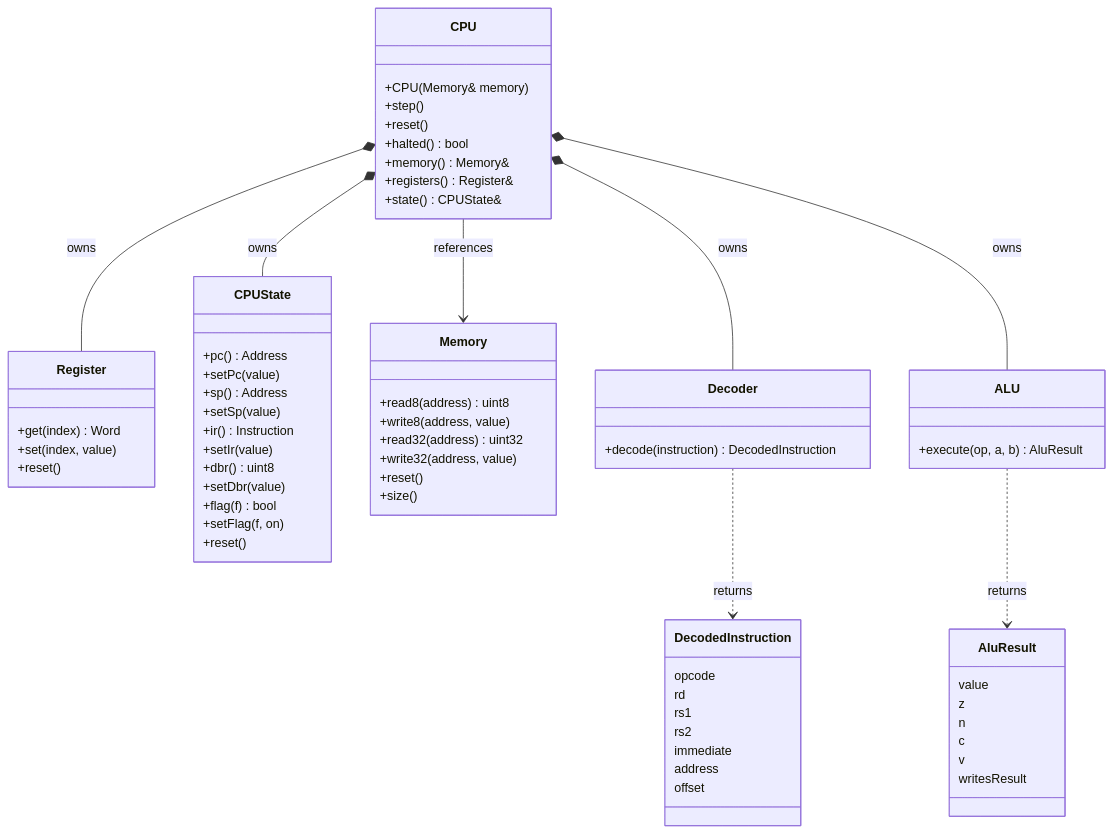
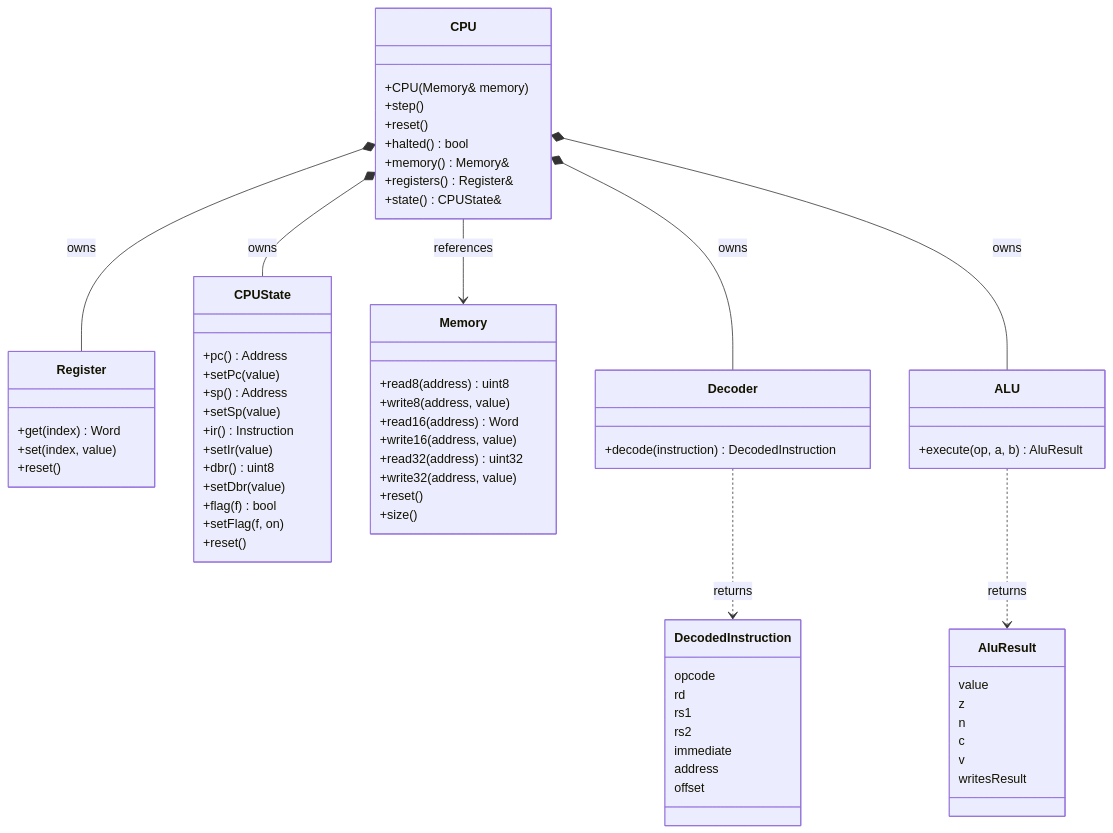
The second of 4 diagrams in docs/ARCHITECTURE.md (kpolet2010-hue/CoreSim), drawn with Mermaid before and after one commit. The commit also changed other lines of this file and 9 other files, not shown here.

First line of the commit message:
docs: document read16, write16, LOAD and STORE

````diff
--- a/docs/ARCHITECTURE.md
+++ b/docs/ARCHITECTURE.md
@@ -52,69 +52,71 @@
 ```mermaid
 classDiagram
     class CPU {
         +CPU(Memory& memory)
         +step()
         +reset()
         +halted() bool
         +memory() Memory&
         +registers() Register&
         +state() CPUState&
     }
     class Register {
         +get(index) Word
         +set(index, value)
         +reset()
     }
     class CPUState {
         +pc() Address
         +setPc(value)
         +sp() Address
         +setSp(value)
         +ir() Instruction
         +setIr(value)
         +dbr() uint8
         +setDbr(value)
         +flag(f) bool
         +setFlag(f, on)
         +reset()
     }
     class Memory {
         +read8(address) uint8
         +write8(address, value)
+        +read16(address) Word
+        +write16(address, value)
         +read32(address) uint32
         +write32(address, value)
         +reset()
         +size()
     }
     class Decoder {
         +decode(instruction) DecodedInstruction
     }
     class DecodedInstruction {
         opcode
         rd
         rs1
         rs2
         immediate
         address
         offset
     }
     class ALU {
         +execute(op, a, b) AluResult
     }
     class AluResult {
         value
         z
         n
         c
         v
         writesResult
     }
 
     CPU *-- Register : owns
     CPU *-- CPUState : owns
     CPU *-- Decoder : owns
     CPU *-- ALU : owns
     CPU --> Memory : references
     Decoder ..> DecodedInstruction : returns
     ALU ..> AluResult : returns
 ```
````
